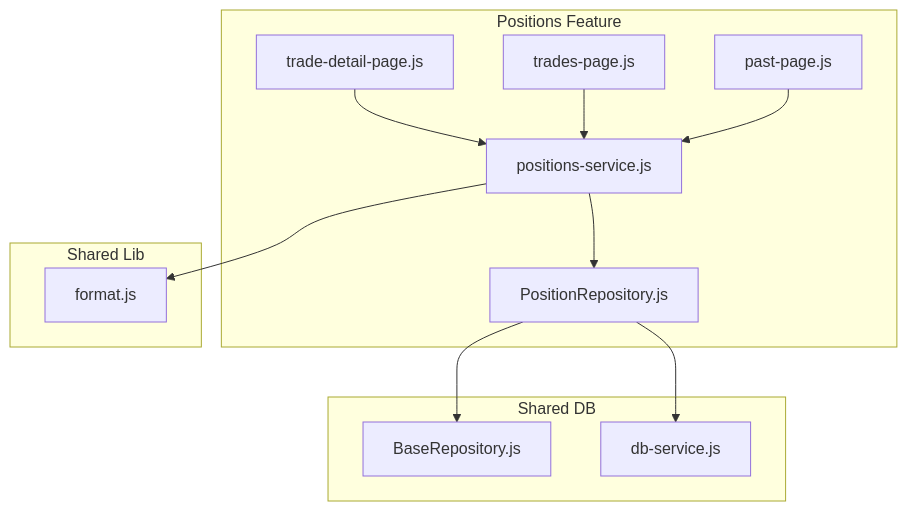
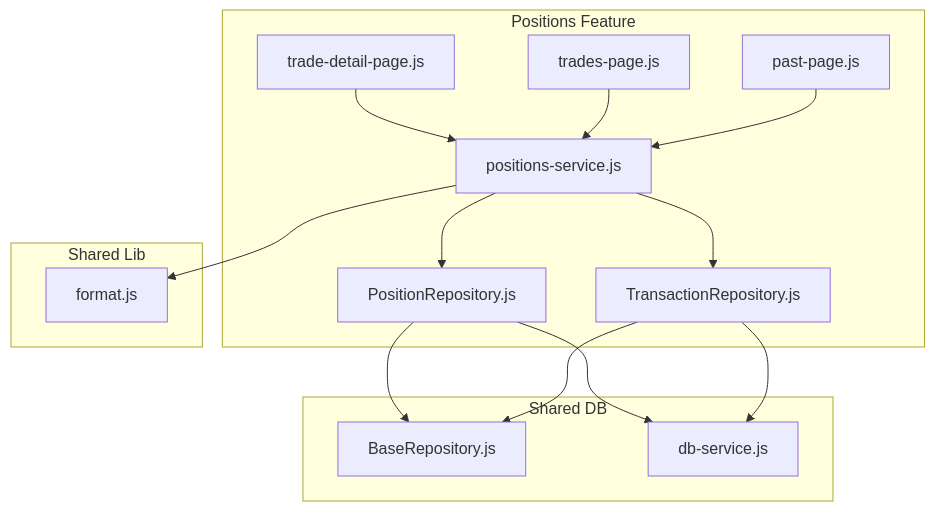
Before and after one commit to iliyas77/MTF-monitor: the first of 4 diagrams in .qoder/repowiki/en/content/Core Features/Positions Tracking/Positions Service Layer.md, drawn with Mermaid. The commit also changed other lines of this file and 69 other files, not shown here.

````diff
--- a/.qoder/repowiki/en/content/Core Features/Positions Tracking/Positions Service Layer.md
+++ b/.qoder/repowiki/en/content/Core Features/Positions Tracking/Positions Service Layer.md
@@ -38,24 +47,28 @@
 ```mermaid
 graph TB
 subgraph "Positions Feature"
 PS["positions-service.js"]
 PR["PositionRepository.js"]
+TR["TransactionRepository.js"]
 TD["trade-detail-page.js"]
 TP["trades-page.js"]
 PP["past-page.js"]
 end
 subgraph "Shared DB"
 BR["BaseRepository.js"]
 DBS["db-service.js"]
 end
 subgraph "Shared Lib"
 FMT["format.js"]
 end
 TD --> PS
 TP --> PS
 PP --> PS
 PS --> PR
+PS --> TR
 PR --> BR
+TR --> BR
 PR --> DBS
+TR --> DBS
 PS --> FMT
 ```
````
